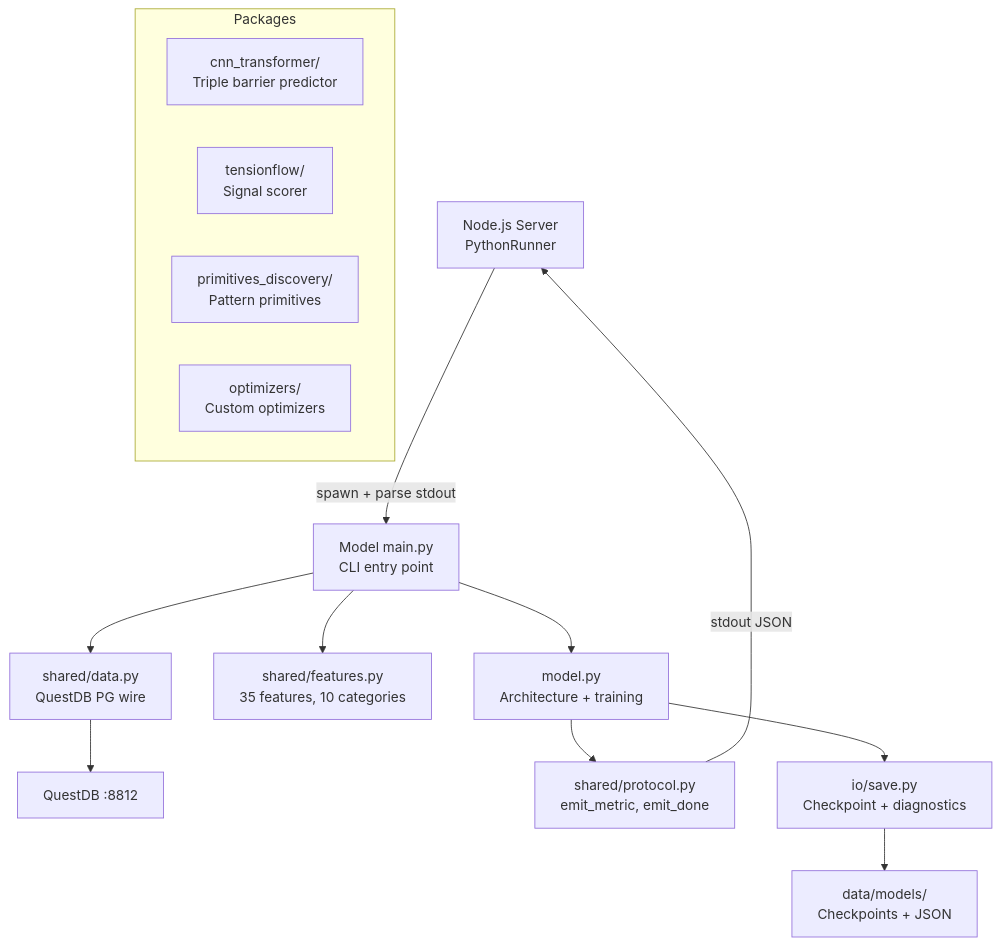
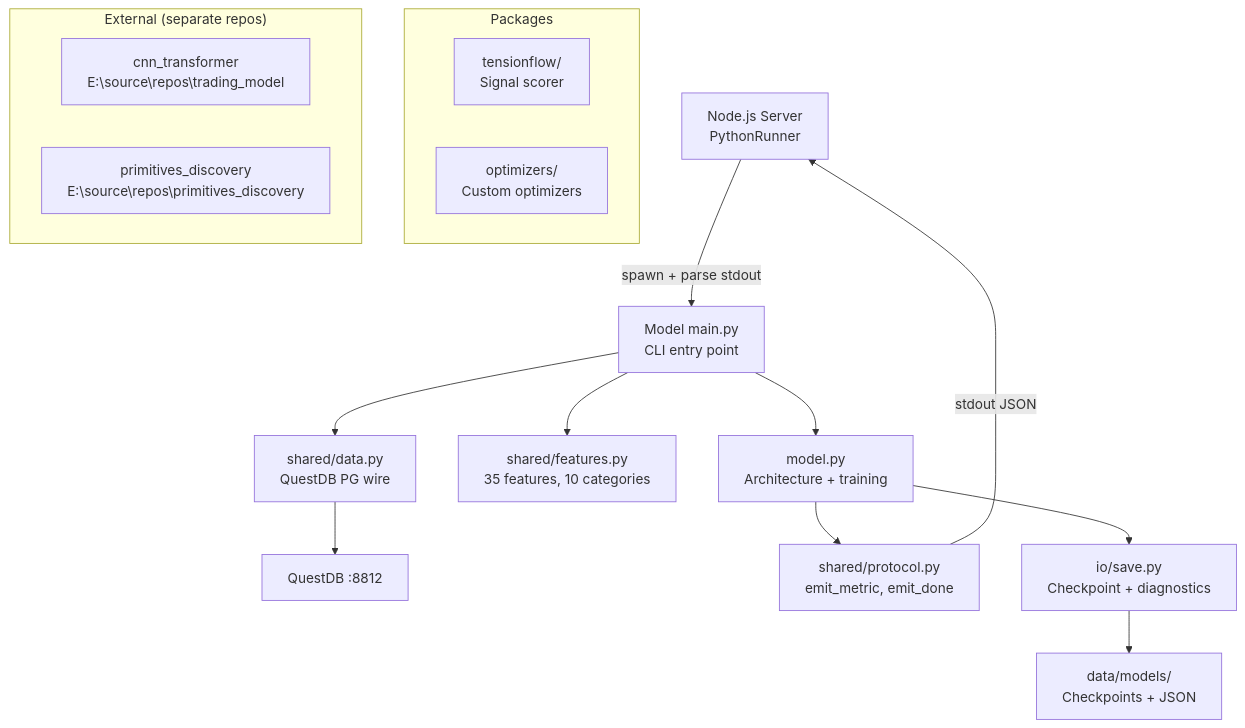
Before and after one commit to Outtsett/ml_dashboard: the diagram in src/ml/README.md, drawn with Mermaid. The commit also changed other lines of this file and 7 other files, not shown here.

First line of the commit message:
chore(ml): extract primitives_discovery + cnn_transformer to standalone repos

````diff
--- a/src/ml/README.md
+++ b/src/ml/README.md
@@ -7,19 +7,22 @@
 ```mermaid
 graph TD
     Server["Node.js Server<br/>PythonRunner"] -->|spawn + parse stdout| Main["Model main.py<br/>CLI entry point"]
     Main --> Data["shared/data.py<br/>QuestDB PG wire"]
     Data --> QDB["QuestDB :8812"]
     Main --> Features["shared/features.py<br/>35 features, 10 categories"]
     Main --> Model["model.py<br/>Architecture + training"]
     Model --> Protocol["shared/protocol.py<br/>emit_metric, emit_done"]
     Protocol -->|stdout JSON| Server
     Model --> Save["io/save.py<br/>Checkpoint + diagnostics"]
     Save --> Disk["data/models/<br/>Checkpoints + JSON"]
 
     subgraph Packages
-        CNN["cnn_transformer/<br/>Triple barrier predictor"]
         TFlow["tensionflow/<br/>Signal scorer"]
-        Prim["primitives_discovery/<br/>Pattern primitives"]
         Opt["optimizers/<br/>Custom optimizers"]
     end
+
+    subgraph "External (separate repos)"
+        CNN["cnn_transformer<br/>E:\source\repos\trading_model"]
+        Prim["primitives_discovery<br/>E:\source\repos\primitives_discovery"]
+    end
 ```
````
